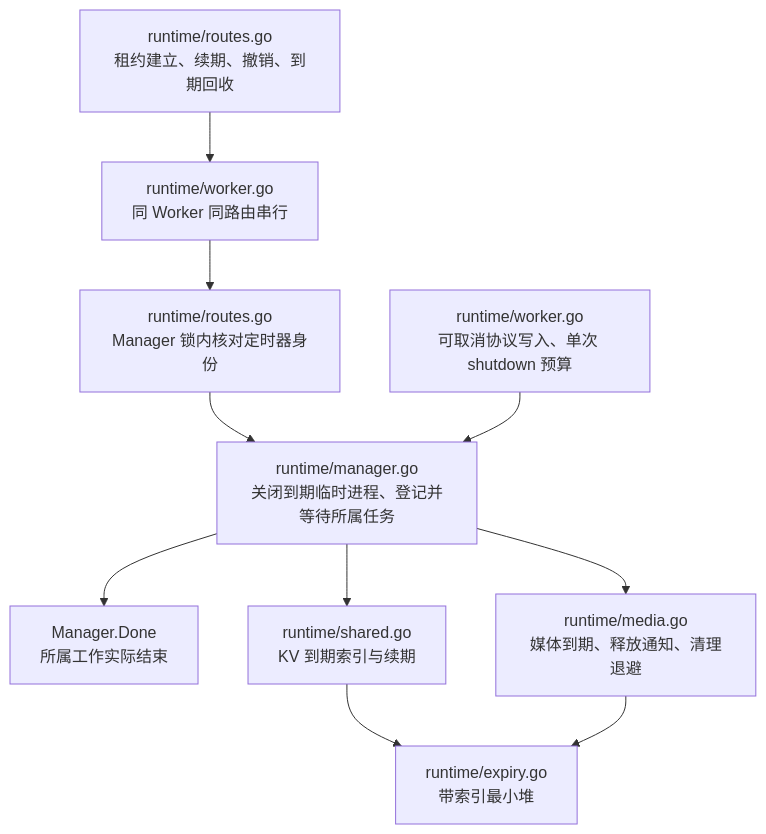
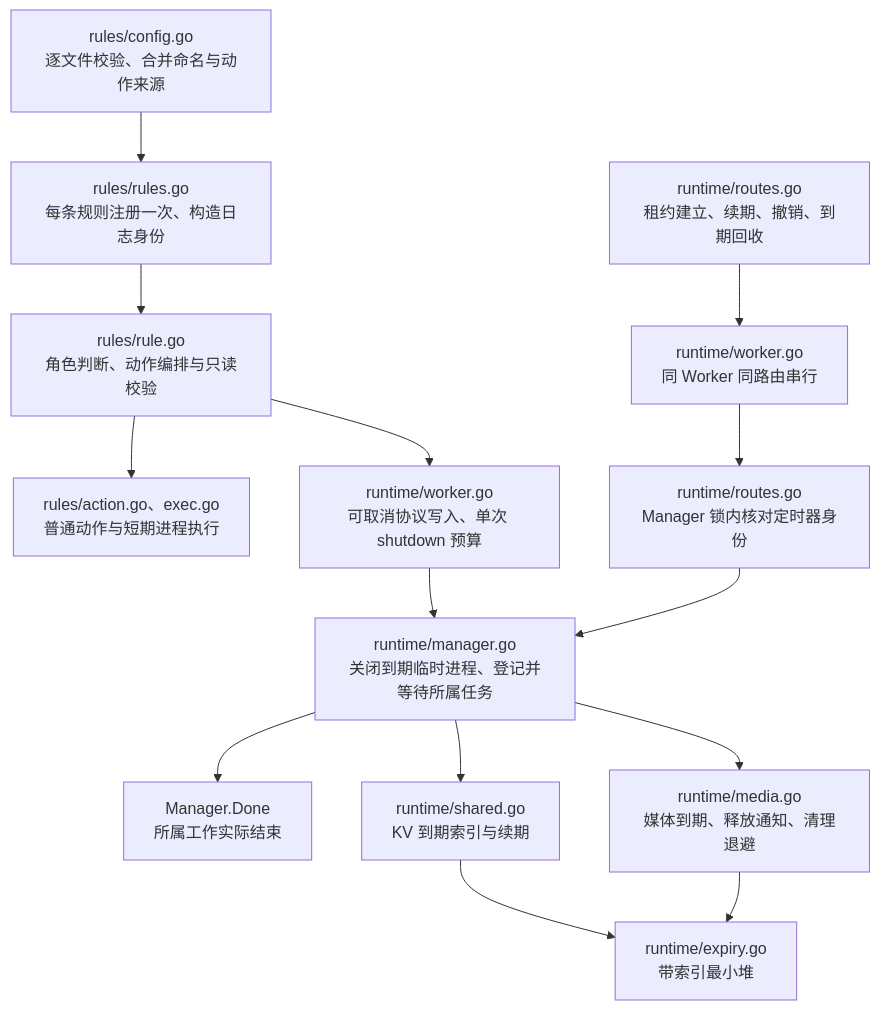
The fourth of 4 diagrams in devdocs/architecture.md (Elflare/elbot), drawn with Mermaid before and after one commit. The commit also changed other lines of this file and 21 other files, not shown here.

````diff
--- a/devdocs/architecture.md
+++ b/devdocs/architecture.md
@@ -231,12 +232,16 @@
 ```mermaid
 flowchart TD
+    Config["rules/config.go<br/>逐文件校验、合并命名与动作来源"] --> Rules["rules/rules.go<br/>每条规则注册一次、构造日志身份"]
+    Rules --> Rule["rules/rule.go<br/>角色判断、动作编排与只读校验"]
+    Rule --> Actions["rules/action.go、exec.go<br/>普通动作与短期进程执行"]
+    Rule --> Worker
     Routes["runtime/routes.go<br/>租约建立、续期、撤销、到期回收"] --> RouteLock["runtime/worker.go<br/>同 Worker 同路由串行"]
     RouteLock --> Identity["runtime/routes.go<br/>Manager 锁内核对定时器身份"]
     Identity --> Manager["runtime/manager.go<br/>关闭到期临时进程、登记并等待所属任务"]
     Worker["runtime/worker.go<br/>可取消协议写入、单次 shutdown 预算"] --> Manager
     Manager --> Done["Manager.Done<br/>所属工作实际结束"]
     Shared["runtime/shared.go<br/>KV 到期索引与续期"] --> Queue["runtime/expiry.go<br/>带索引最小堆"]
     Media["runtime/media.go<br/>媒体到期、释放通知、清理退避"] --> Queue
     Manager --> Shared
     Manager --> Media
 ```
````
